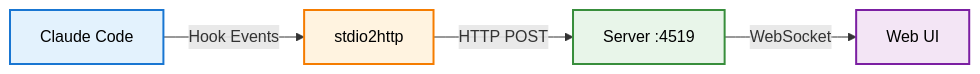
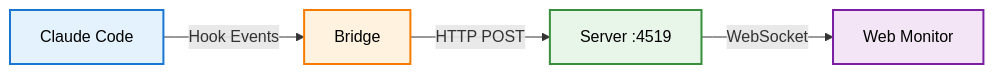
Before and after one commit to williamkapke/MadameClaude: the first of 2 diagrams in README.md, drawn with Mermaid. The commit also changed other lines of this file and 1 other file, not shown here.

````diff
--- a/README.md
+++ b/README.md
@@ -16,11 +15,11 @@
 ```mermaid
 graph LR
-    A[Claude Code] -->|Hook Events| B[stdio2http]
+    A[Claude Code] -->|Hook Events| B[Bridge]
     B -->|HTTP POST| C[Server :4519]
-    C -->|WebSocket| D[Web UI]
+    C -->|WebSocket| D[Web Monitor]
     
     style A fill:#e3f2fd,stroke:#1976d2,stroke-width:2px,color:#000
     style B fill:#fff3e0,stroke:#f57c00,stroke-width:2px,color:#000
     style C fill:#e8f5e9,stroke:#388e3c,stroke-width:2px,color:#000
     style D fill:#f3e5f5,stroke:#7b1fa2,stroke-width:2px,color:#000
 ```
````
